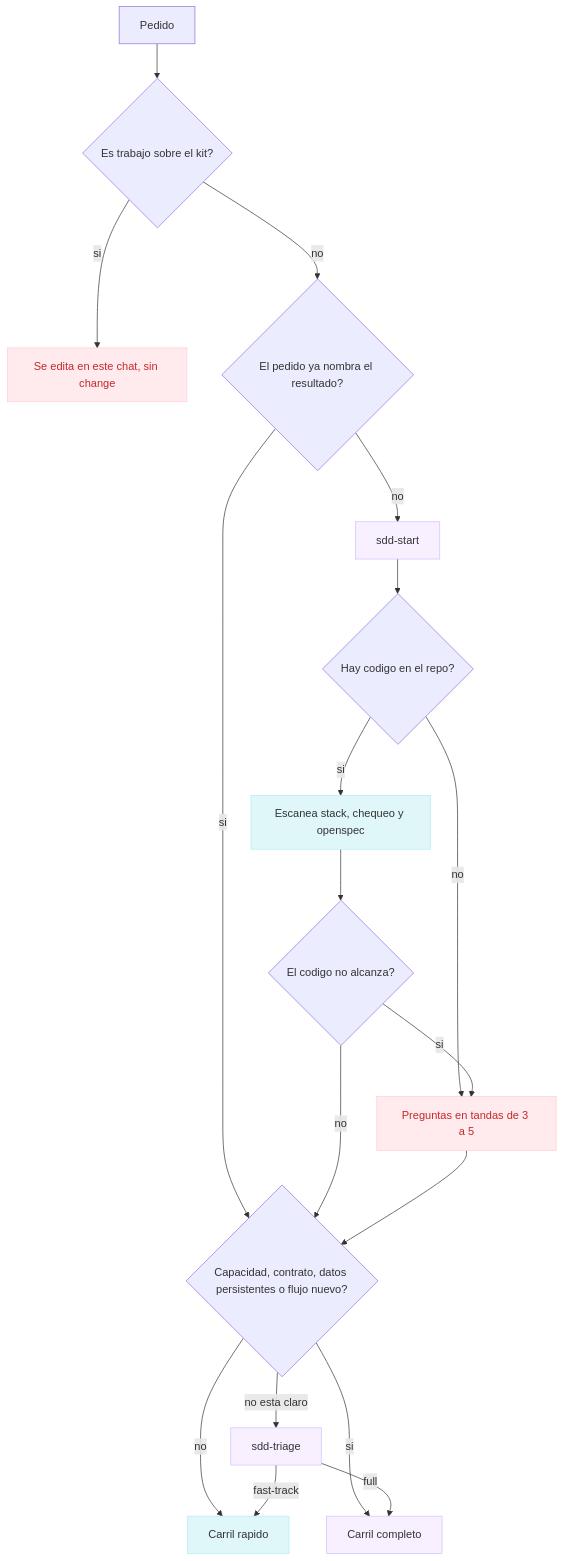
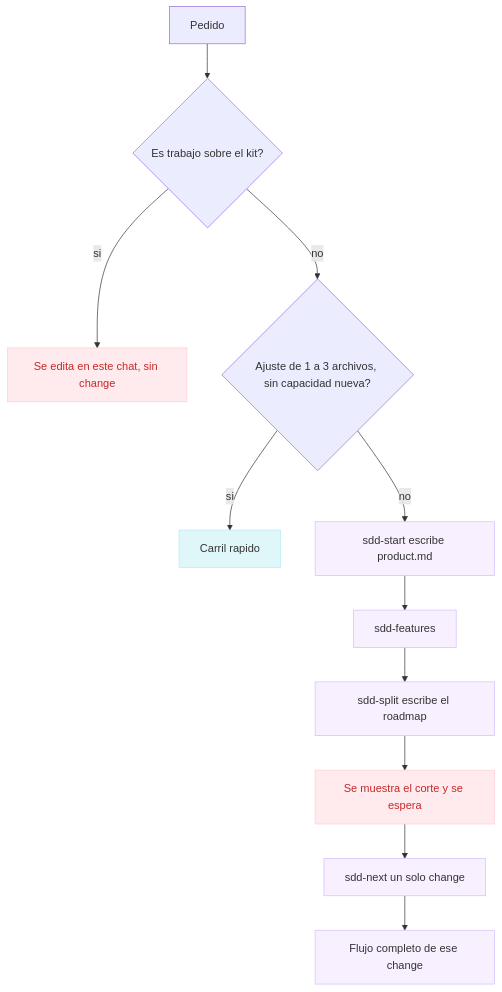
Before and after one commit to Joelnicolass/orchestrator-agents-development: the first of 4 diagrams in README.md, drawn with Mermaid. The commit also changed other lines of this file and 24 other files, not shown here.

First line of the commit message:
Split a product into small changes and implement one at a time.

````diff
--- a/README.md
+++ b/README.md
@@ -58,28 +56,21 @@
 ```mermaid
 flowchart TD
   classDef human fill:#ffebee,stroke:#ffcdd2,color:#c62828
   classDef fast fill:#e0f7fa,stroke:#b2ebf2
   classDef full fill:#f9f0ff,stroke:#d0bfff
 
   pedido[Pedido] --> kit{Es trabajo sobre el kit?}
   kit -->|si| directo[Se edita en este chat, sin change]
-  kit -->|no| claro{El pedido ya nombra el resultado?}
-  claro -->|no| start[sdd-start]
-  claro -->|si| tipo{Capacidad, contrato, datos persistentes o flujo nuevo?}
-  start --> modo{Hay codigo en el repo?}
-  modo -->|si| scan[Escanea stack, chequeo y openspec]
-  modo -->|no| preguntas[Preguntas en tandas de 3 a 5]
-  scan --> falta{El codigo no alcanza?}
-  falta -->|si| preguntas
-  falta -->|no| tipo
-  preguntas --> tipo
-  tipo -->|no| rapido[Carril rapido]
-  tipo -->|si| completo[Carril completo]
-  tipo -->|no esta claro| triage[sdd-triage]
-  triage -->|fast-track| rapido
-  triage -->|full| completo
+  kit -->|no| puntual{Ajuste de 1 a 3 archivos, sin capacidad nueva?}
+  puntual -->|si| rapido[Carril rapido]
+  puntual -->|no| start[sdd-start escribe product.md]
+  start --> features[sdd-features]
+  features --> split[sdd-split escribe el roadmap]
+  split --> espera[Se muestra el corte y se espera]
+  espera --> next[sdd-next un solo change]
+  next --> completo[Flujo completo de ese change]
 
-  class directo,preguntas human
-  class rapido,scan fast
-  class completo,triage,start full
+  class directo,espera human
+  class rapido fast
+  class start,features,split,next,completo full
 ```
````
